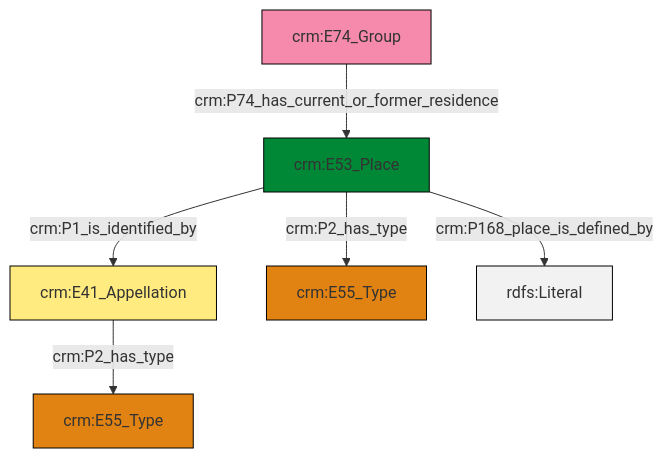
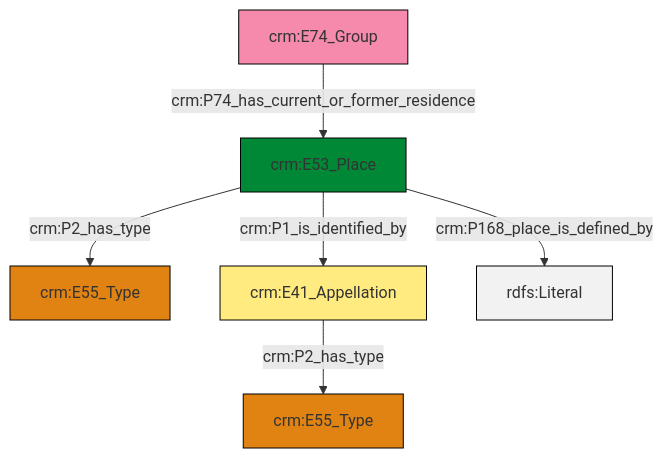
One commit to swiss-art-research-net/docs.swissartresearch changed the diagram in et/groupCSV/ttl/mmd/group_location.ttl.mmd. Above: the diagram before and after it, drawn with Mermaid. The commit also changed 172 other files, not shown here.

```diff
--- a/et/groupCSV/ttl/mmd/group_location.ttl.mmd
+++ b/et/groupCSV/ttl/mmd/group_location.ttl.mmd
@@ -1,20 +1,20 @@
 graph TD
 classDef Literal fill:#f2f2f2,stroke:#000000;
 classDef CRM_Entity fill:#FFFFFF,stroke:#000000;
 classDef Temporal_Entity fill:#00C9E6, stroke:#000000;
 classDef Type fill:#E18312, stroke:#000000;
 classDef Time-Span fill:#2C9C91, stroke:#000000;
 classDef Appellation fill:#FFEB7F, stroke:#000000;
 classDef Place fill:#008836, stroke:#000000;
 classDef Persistent_Item fill:#B266B2, stroke:#000000;
 classDef Conceptual_Object fill:#FFD700, stroke:#000000;
 classDef Physical_Thing fill:#D2B48C, stroke:#000000;
 classDef Actor fill:#f58aad, stroke:#000000;
 classDef PC_Classes fill:#4ce600, stroke:#000000;
 classDef Multi fill:#cccccc,stroke:#000000;
 
-4["crm:E74_Group"]:::Actor -->|crm:P74_has_current_or_former_residence| 5["crm:E53_Place"]:::Place
-5["crm:E53_Place"]:::Place -->|crm:P1_is_identified_by| 0["crm:E41_Appellation"]:::Appellation
-5["crm:E53_Place"]:::Place -->|crm:P168_place_is_defined_by| 9[rdfs:Literal]:::Literal
-0["crm:E41_Appellation"]:::Appellation -->|crm:P2_has_type| 2["crm:E55_Type"]:::Type
-5["crm:E53_Place"]:::Place -->|crm:P2_has_type| 6["crm:E55_Type"]:::Type
+2["crm:E41_Appellation"]:::Appellation -->|crm:P2_has_type| 3["crm:E55_Type"]:::Type
+4["crm:E53_Place"]:::Place -->|crm:P168_place_is_defined_by| 5[rdfs:Literal]:::Literal
+7["crm:E74_Group"]:::Actor -->|crm:P74_has_current_or_former_residence| 4["crm:E53_Place"]:::Place
+4["crm:E53_Place"]:::Place -->|crm:P2_has_type| 0["crm:E55_Type"]:::Type
+4["crm:E53_Place"]:::Place -->|crm:P1_is_identified_by| 2["crm:E41_Appellation"]:::Appellation
```
